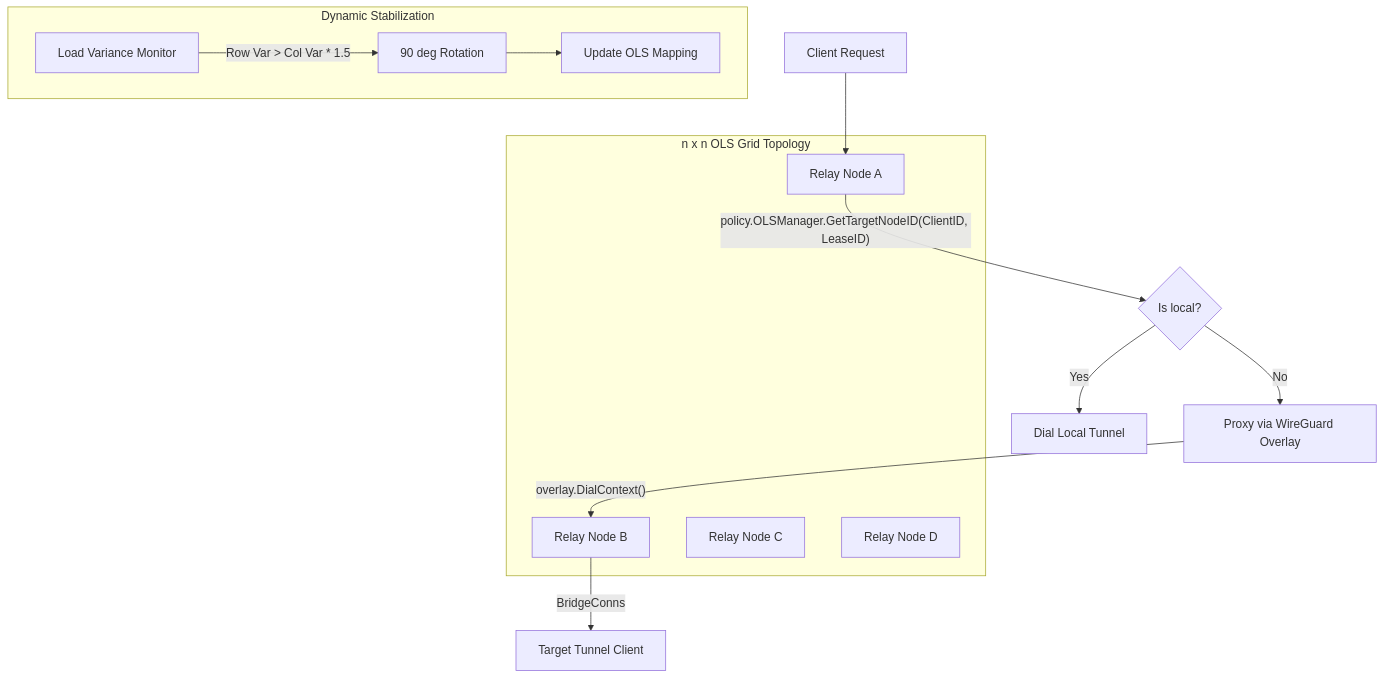
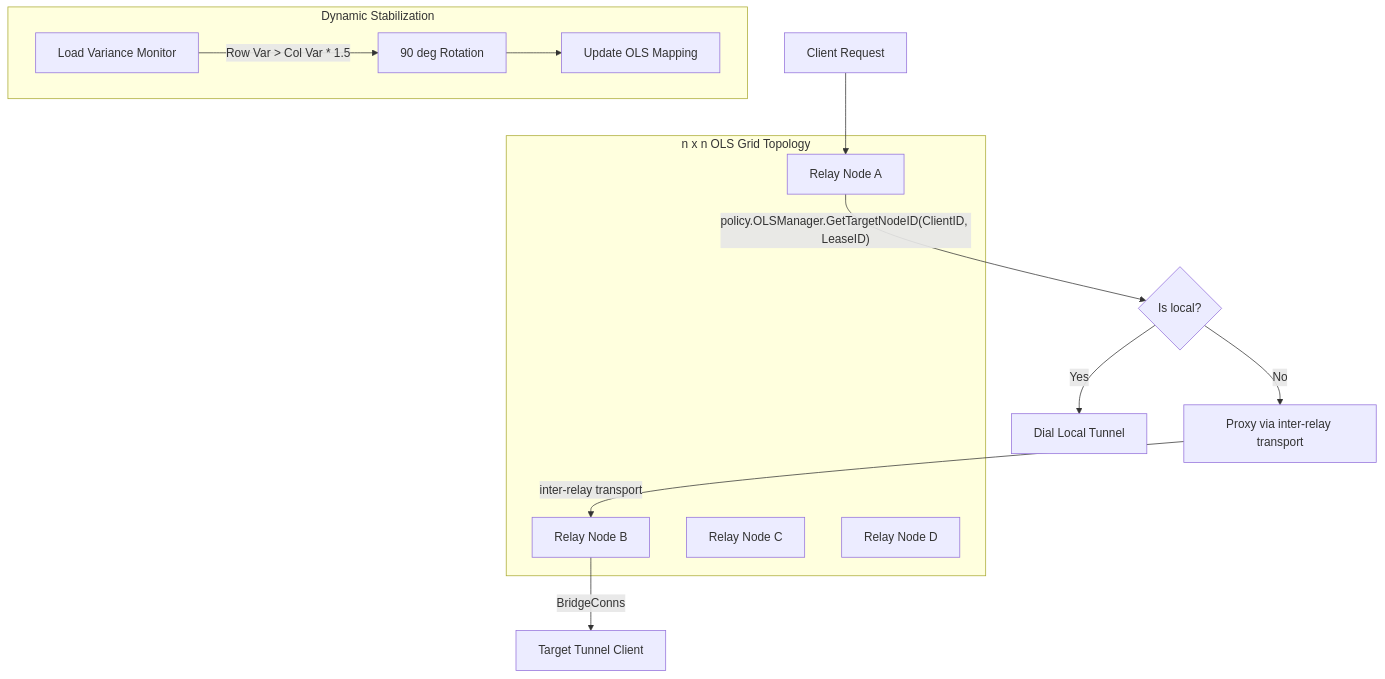
Before and after one commit to gosuda/portal: the diagram in docs/ols-load-balancing.md, drawn with Mermaid. The commit also changed other lines of this file and 12 other files, not shown here.

````diff
--- a/docs/ols-load-balancing.md
+++ b/docs/ols-load-balancing.md
@@ -30,24 +29,24 @@
 ```mermaid
 graph TD
     Client[Client Request] --> NodeA[Relay Node A]
     
     subgraph OLS_Grid [n x n OLS Grid Topology]
         NodeA
         NodeB[Relay Node B]
         NodeC[Relay Node C]
         NodeD[Relay Node D]
     end
 
     NodeA -- "policy.OLSManager.GetTargetNodeID(ClientID, LeaseID)" --> TargetID{Is local?}
     TargetID -- Yes --> LocalDial[Dial Local Tunnel]
-    TargetID -- No --> Proxy[Proxy via WireGuard Overlay]
+    TargetID -- No --> Proxy[Proxy via inter-relay transport]
     
-    Proxy -- "overlay.DialContext()" --> NodeB
+    Proxy -- "inter-relay transport" --> NodeB
     NodeB -- "BridgeConns" --> Tunnel[Target Tunnel Client]
 
     subgraph LoadBalancer [Dynamic Stabilization]
         direction LR
         LoadMonitor[Load Variance Monitor] --> |"Row Var > Col Var * 1.5"| Rotation[90 deg Rotation]
         Rotation --> UpdateRoutes[Update OLS Mapping]
     end
 ```
````
